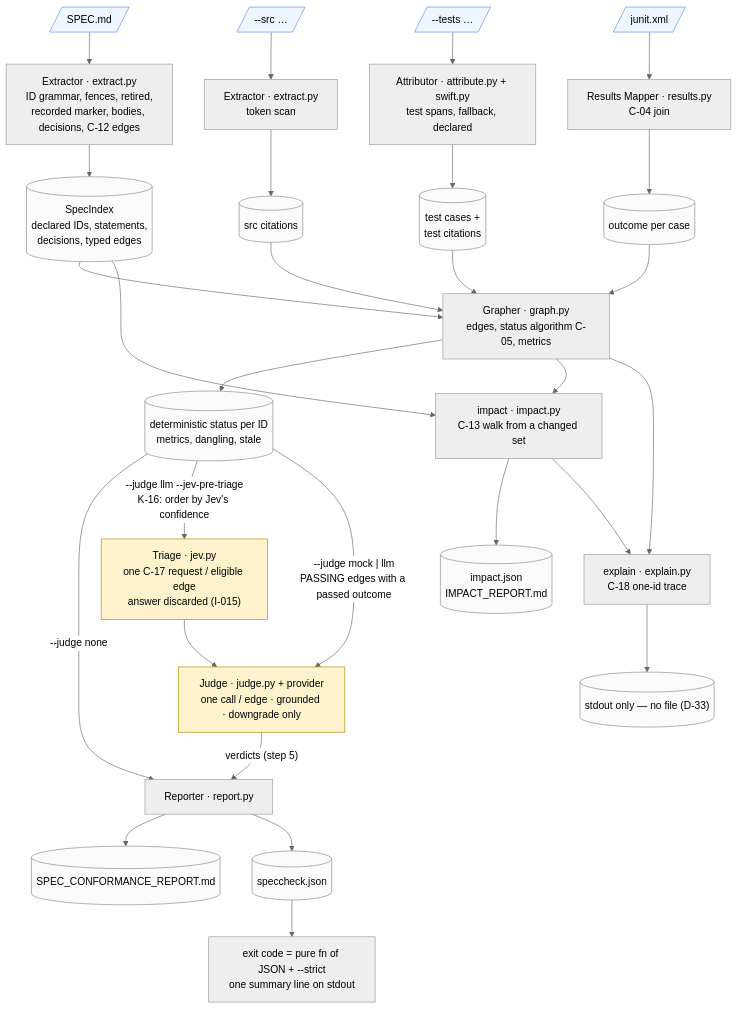
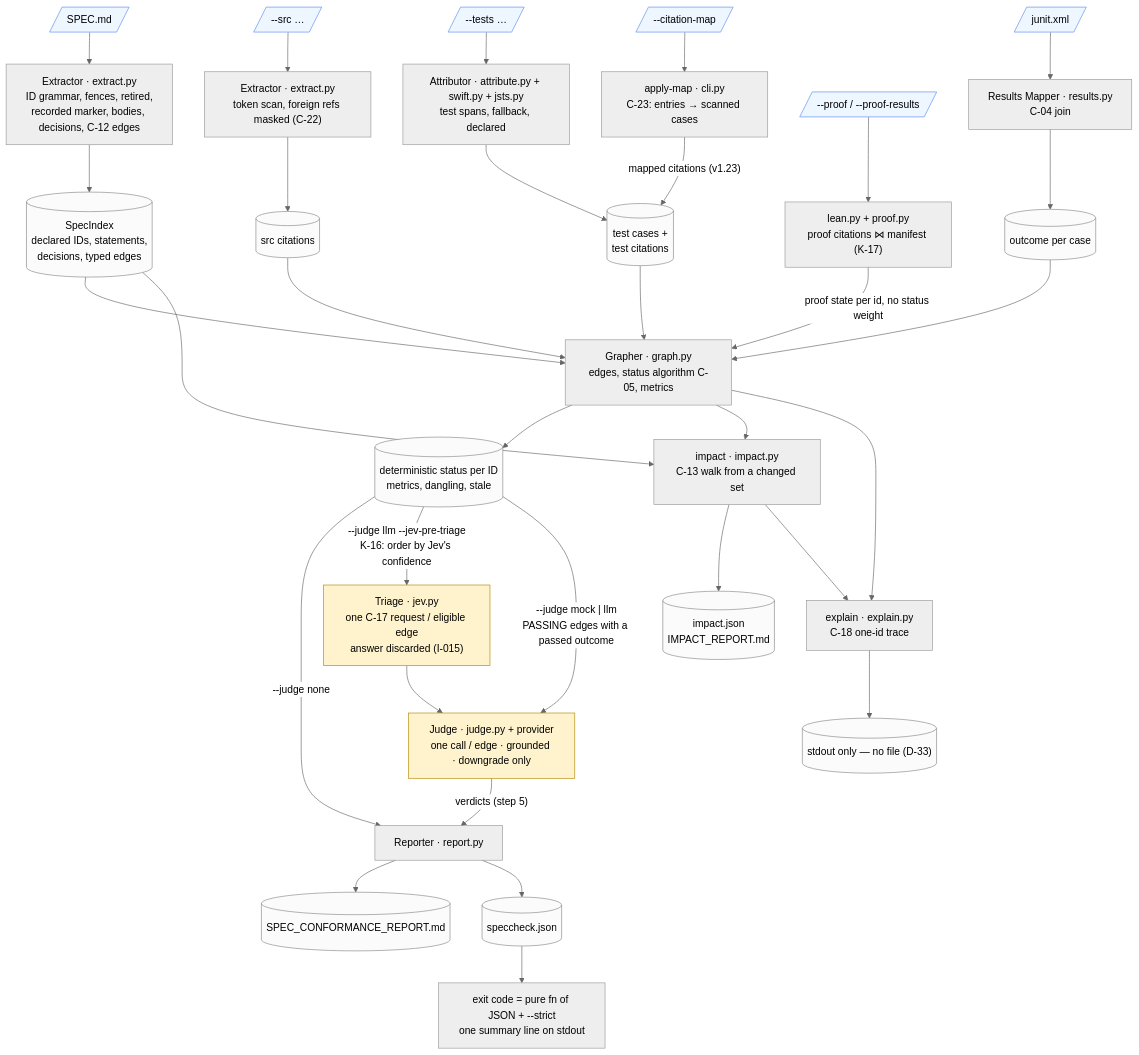
The third of 12 diagrams in ARCHITECTURE.md (rioffe/speccheck), drawn with Mermaid (neutral theme) before and after one commit. The commit also changed other lines of this file and 4 other files, not shown here.

First line of the commit message:
docs(architecture): bring ARCHITECTURE.md to v1.23.1

````diff
--- a/ARCHITECTURE.md
+++ b/ARCHITECTURE.md
@@ -127,31 +148,35 @@
 ```mermaid
 flowchart TB
     SPEC[/"SPEC.md"/] --> EX1["Extractor · extract.py<br/>ID grammar, fences, retired,<br/>recorded marker, bodies, decisions, C-12 edges"]
     EX1 --> IDX[("SpecIndex<br/>declared IDs, statements,<br/>decisions, typed edges")]
-    SRC[/"--src …"/] --> EX2["Extractor · extract.py<br/>token scan"]
+    SRC[/"--src …"/] --> EX2["Extractor · extract.py<br/>token scan, foreign refs masked (C-22)"]
     EX2 --> SC[("src citations")]
-    TST[/"--tests …"/] --> AT["Attributor · attribute.py + swift.py<br/>test spans, fallback, declared"]
+    TST[/"--tests …"/] --> AT["Attributor · attribute.py + swift.py + jsts.py<br/>test spans, fallback, declared"]
     AT --> TC[("test cases +<br/>test citations")]
+    MAP[/"--citation-map"/] --> AM["apply-map · cli.py<br/>C-23: entries → scanned cases"]
+    AM -->|"mapped citations (v1.23)"| TC
+    LEAN[/"--proof / --proof-results"/] --> PRF["lean.py + proof.py<br/>proof citations ⋈ manifest (K-17)"]
+    PRF -->|"proof state per id, no status weight"| GR
     JX[/"junit.xml"/] --> RM["Results Mapper · results.py<br/>C-04 join"]
     RM --> OC[("outcome per case")]
     IDX & SC & TC & OC --> GR["Grapher · graph.py<br/>edges, status algorithm C-05, metrics"]
     GR --> DET[("deterministic status per ID<br/>metrics, dangling, stale")]
     DET -->|"--judge none"| REP
     DET -->|"--judge llm --jev-pre-triage<br/>K-16: order by Jev's confidence"| TRI["Triage · jev.py<br/>one C-17 request / eligible edge<br/>answer discarded (I-015)"]
     TRI --> JU
     DET -->|"--judge mock | llm<br/>PASSING edges with a passed outcome"| JU["Judge · judge.py + provider<br/>one call / edge · grounded · downgrade only"]
     JU -->|"verdicts (step 5)"| REP["Reporter · report.py"]
     REP --> MD[("SPEC_CONFORMANCE_REPORT.md")]
     REP --> JS[("speccheck.json")]
     IDX & GR --> IMP["impact · impact.py<br/>C-13 walk from a changed set"]
     IMP --> IMPF[("impact.json<br/>IMPACT_REPORT.md")]
     GR & IMP --> EXP["explain · explain.py<br/>C-18 one-id trace"]
     EXP --> STDOUT[("stdout only — no file (D-33)")]
     JS --> EXIT["exit code = pure fn of JSON + --strict<br/>one summary line on stdout"]
     classDef input fill:#eef6ff,stroke:#5b8def
     classDef artifact fill:#fbfbfb,stroke:#888
     classDef judge fill:#fff3cd,stroke:#b58900
-    class SPEC,SRC,TST,JX input
+    class SPEC,SRC,TST,JX,MAP,LEAN input
     class IDX,SC,TC,OC,DET,MD,JS,IMPF,STDOUT artifact
     class JU,TRI judge
 ```
````
